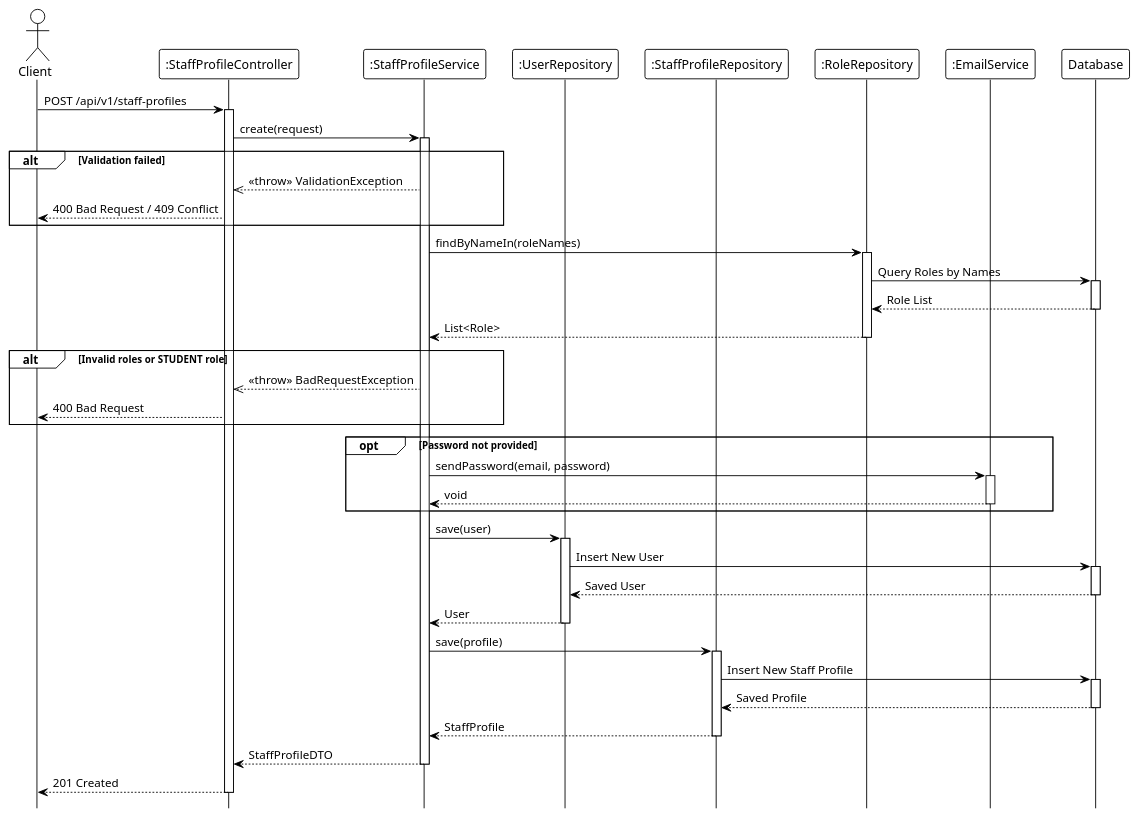
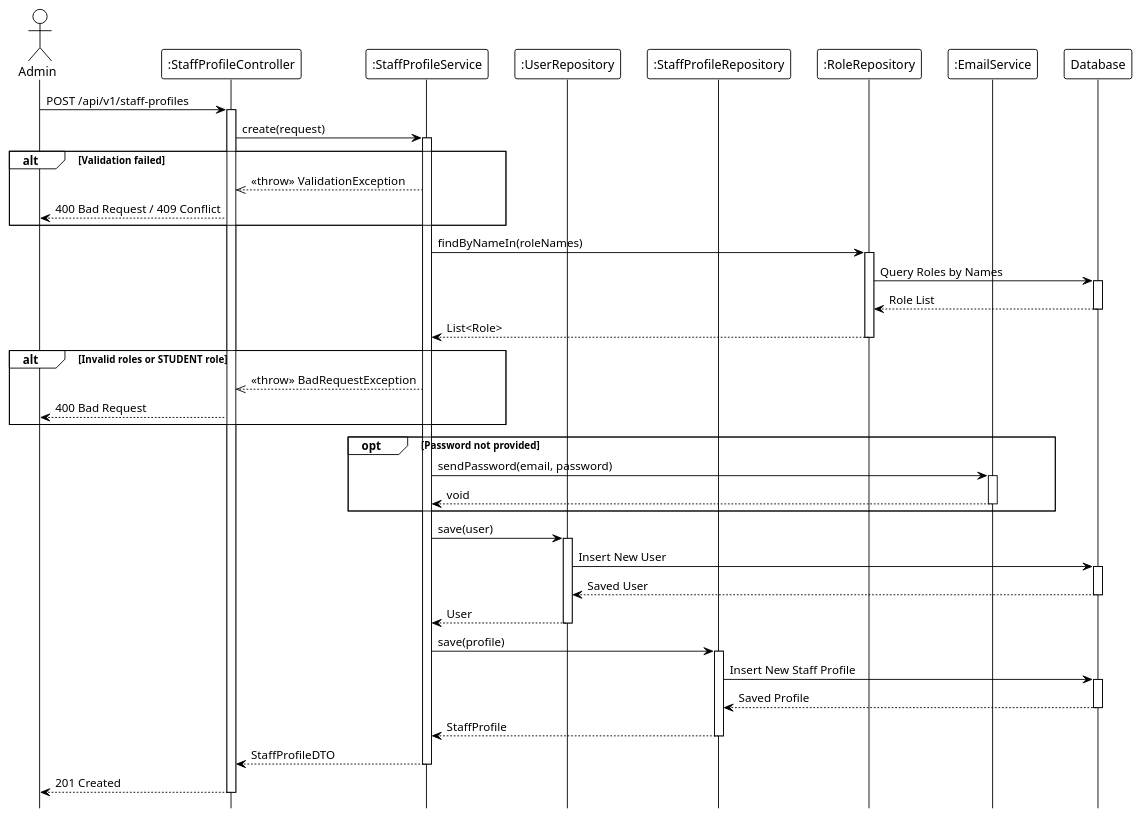
The diagram in system_detailed_design/51_create_staff/sequence_diagram_create_staff.puml (Ndh474/context), drawn with PlantUML before and after one commit. The commit also changed 61 other files, not shown here.

First line of the commit message:
refactor(diagrams): update actor from Client to Admin in sequence diagrams

```diff
--- a/system_detailed_design/51_create_staff/sequence_diagram_create_staff.puml
+++ b/system_detailed_design/51_create_staff/sequence_diagram_create_staff.puml
@@ -1,85 +1,85 @@
 @startuml create_staff
 !theme plain
 hide footbox
 
-actor Client
+actor Admin
 participant ":StaffProfileController" as Controller
 participant ":StaffProfileService" as Service
 participant ":UserRepository" as UserRepo
 participant ":StaffProfileRepository" as StaffRepo
 participant ":RoleRepository" as RoleRepo
 participant ":EmailService" as EmailService
 participant "Database" as DB
 
 ' --- MAIN FLOW ---
-Client -> Controller: POST /api/v1/staff-profiles
+Admin -> Controller: POST /api/v1/staff-profiles
 activate Controller
 
 Controller -> Service: create(request)
 activate Service
 
 ' --- VALIDATION LOGIC ---
 ' Validation logic (internal)
 
 alt Validation failed
     Service -->> Controller: <<throw>> ValidationException
-    Controller --> Client: 400 Bad Request / 409 Conflict
+    Controller --> Admin: 400 Bad Request / 409 Conflict
 end
 
 ' --- VALIDATE ROLES ---
 Service -> RoleRepo: findByNameIn(roleNames)
 activate RoleRepo
 
 RoleRepo -> DB: Query Roles by Names
 activate DB
 DB --> RoleRepo: Role List
 deactivate DB
 
 RoleRepo --> Service: List<Role>
 deactivate RoleRepo
 
 alt Invalid roles or STUDENT role
     Service -->> Controller: <<throw>> BadRequestException
-    Controller --> Client: 400 Bad Request
+    Controller --> Admin: 400 Bad Request
 end
 
 ' --- GENERATE PASSWORD AND SEND EMAIL ---
 opt Password not provided
     Service -> EmailService: sendPassword(email, password)
     activate EmailService
     
     EmailService --> Service: void
     deactivate EmailService
 end
 
 ' --- SAVE USER ---
 Service -> UserRepo: save(user)
 activate UserRepo
 
 UserRepo -> DB: Insert New User
 activate DB
 DB --> UserRepo: Saved User
 deactivate DB
 
 UserRepo --> Service: User
 deactivate UserRepo
 
 ' --- SAVE STAFF PROFILE ---
 Service -> StaffRepo: save(profile)
 activate StaffRepo
 
 StaffRepo -> DB: Insert New Staff Profile
 activate DB
 DB --> StaffRepo: Saved Profile
 deactivate DB
 
 StaffRepo --> Service: StaffProfile
 deactivate StaffRepo
 
 Service --> Controller: StaffProfileDTO
 deactivate Service
 
-Controller --> Client: 201 Created
+Controller --> Admin: 201 Created
 deactivate Controller
 
 @enduml
```
